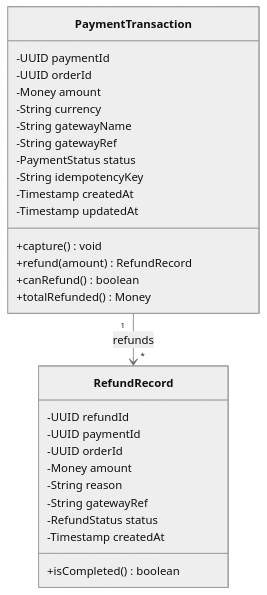
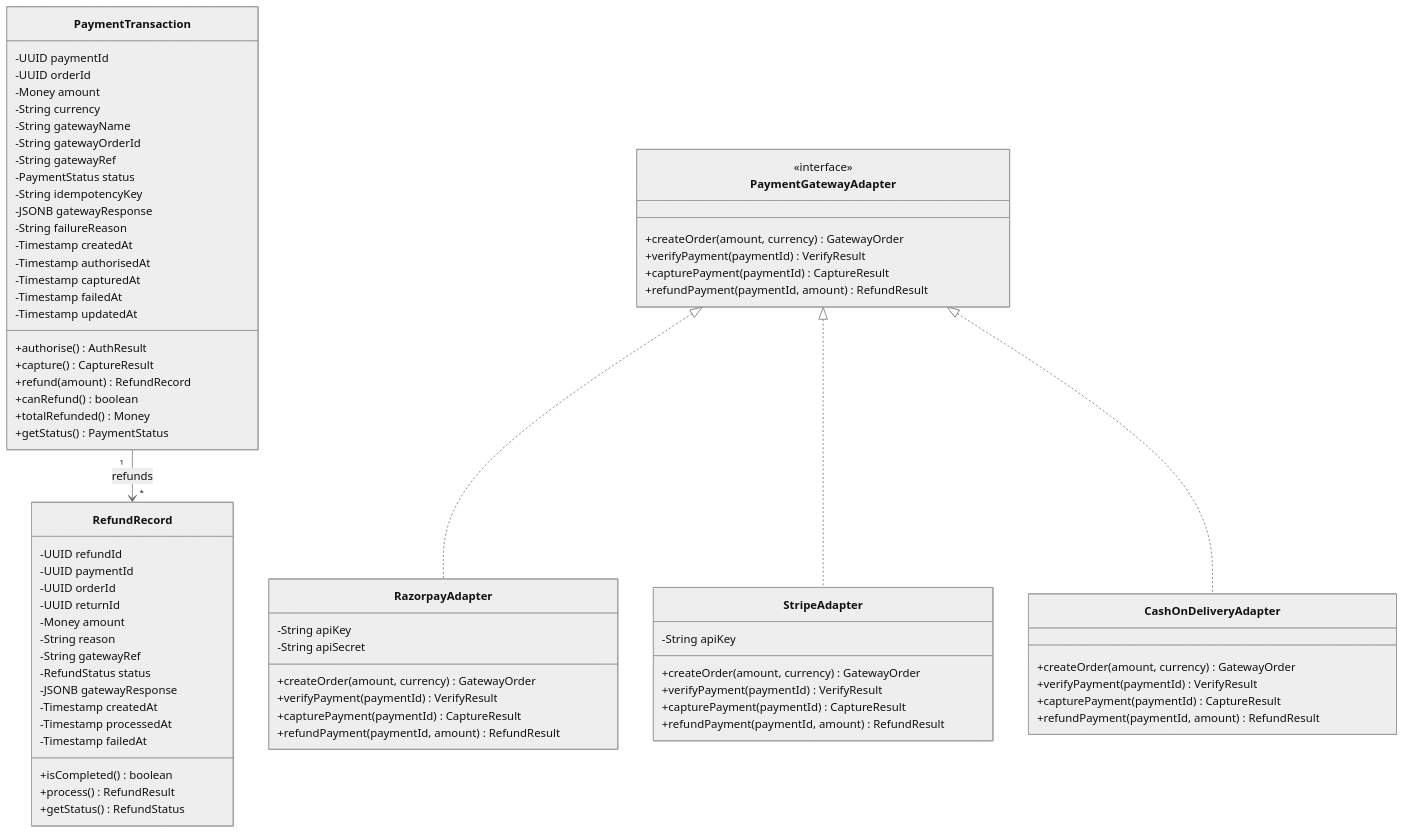
One commit to 0Ankit0/Project-Ideas changed the seventh of 11 diagrams in Order Management and Delivery System/detailed-design/class-diagram.md. Above: the diagram before and after it, drawn with Mermaid (neutral theme). The commit also changed other lines of this file and 11 other files, not shown here.

````diff
--- a/Order Management and Delivery System/detailed-design/class-diagram.md
+++ b/Order Management and Delivery System/detailed-design/class-diagram.md
@@ -216,33 +483,82 @@
 ```mermaid
 classDiagram
     class PaymentTransaction {
         -UUID paymentId
         -UUID orderId
         -Money amount
         -String currency
         -String gatewayName
+        -String gatewayOrderId
         -String gatewayRef
         -PaymentStatus status
         -String idempotencyKey
+        -JSONB gatewayResponse
+        -String failureReason
         -Timestamp createdAt
+        -Timestamp authorisedAt
+        -Timestamp capturedAt
+        -Timestamp failedAt
         -Timestamp updatedAt
-        +capture() void
+        +authorise() AuthResult
+        +capture() CaptureResult
         +refund(amount) RefundRecord
         +canRefund() boolean
         +totalRefunded() Money
+        +getStatus() PaymentStatus
     }
 
     class RefundRecord {
         -UUID refundId
         -UUID paymentId
         -UUID orderId
+        -UUID returnId
         -Money amount
         -String reason
         -String gatewayRef
         -RefundStatus status
+        -JSONB gatewayResponse
         -Timestamp createdAt
+        -Timestamp processedAt
+        -Timestamp failedAt
         +isCompleted() boolean
+        +process() RefundResult
+        +getStatus() RefundStatus
+    }
+
+    class PaymentGatewayAdapter {
+        <<interface>>
+        +createOrder(amount, currency) GatewayOrder
+        +verifyPayment(paymentId) VerifyResult
+        +capturePayment(paymentId) CaptureResult
+        +refundPayment(paymentId, amount) RefundResult
+    }
+
+    class RazorpayAdapter {
+        -String apiKey
+        -String apiSecret
+        +createOrder(amount, currency) GatewayOrder
+        +verifyPayment(paymentId) VerifyResult
+        +capturePayment(paymentId) CaptureResult
+        +refundPayment(paymentId, amount) RefundResult
+    }
+
+    class StripeAdapter {
+        -String apiKey
+        +createOrder(amount, currency) GatewayOrder
+        +verifyPayment(paymentId) VerifyResult
+        +capturePayment(paymentId) CaptureResult
+        +refundPayment(paymentId, amount) RefundResult
+    }
+
+    class CashOnDeliveryAdapter {
+        +createOrder(amount, currency) GatewayOrder
+        +verifyPayment(paymentId) VerifyResult
+        +capturePayment(paymentId) CaptureResult
+        +refundPayment(paymentId, amount) RefundResult
     }
 
     PaymentTransaction "1" --> "*" RefundRecord : refunds
+    PaymentGatewayAdapter <|.. RazorpayAdapter
+    PaymentGatewayAdapter <|.. StripeAdapter
+    PaymentGatewayAdapter <|.. CashOnDeliveryAdapter
 ```
````
